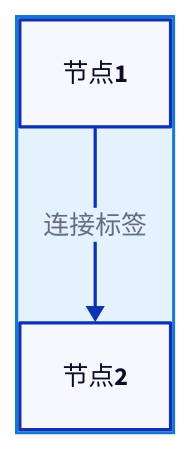
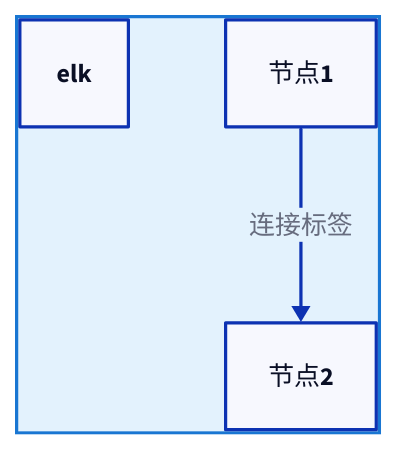
One commit to ruleizhou/han-skills changed the first of 5 diagrams in skills/han-d2-diagram/workflows/step-02-write-code.md. Above: the diagram before and after it, drawn with D2. The commit also changed other lines of this file and 15 other files, not shown here.

First line of the commit message:
feat: han-d2-diagram 连线统一为正交折线，收口单引擎 ELK

````diff
--- a/skills/han-d2-diagram/workflows/step-02-write-code.md
+++ b/skills/han-d2-diagram/workflows/step-02-write-code.md
@@ -21,18 +21,19 @@
 ```d2
-# 1. 布局方向
-direction: down  # 流程图/状态机用 down，架构图用 right
+# 1. 布局引擎与方向
+layout: elk         # 正交折线（skill 唯一引擎）
+direction: down     # 流程图/状态机用 down，架构图用 right
 
 # 2. 全局样式（可选）
 style: {
   fill: "#E3F2FD"
   stroke: "#1976D2"
   stroke-width: 2
 }
 
 # 3. 定义节点
 node1: 节点1
 node2: 节点2
 
 # 4. 定义连接
 node1 -> node2: 连接标签
 ```
````
